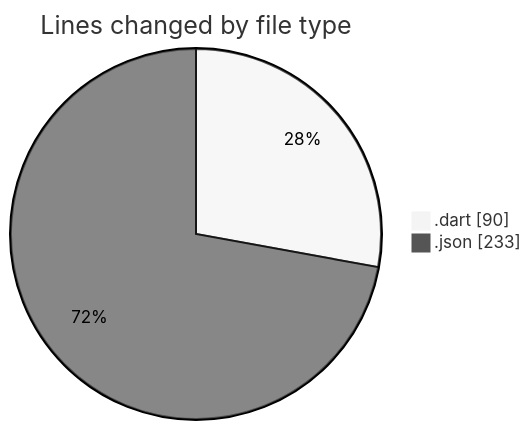
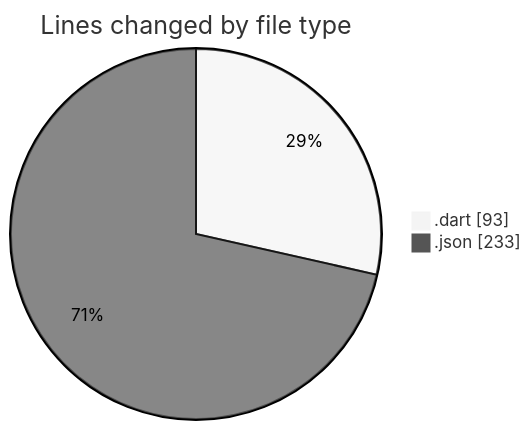
The first of 2 diagrams in 2025-04-17/belajar_flutter/README.md (idhammustaqopulfikri/code-tracking), drawn with Mermaid (neutral theme) before and after one commit. The commit also changed other lines of this file and 1 other file, not shown here.

````diff
--- a/2025-04-17/belajar_flutter/README.md
+++ b/2025-04-17/belajar_flutter/README.md
@@ -23,6 +24,6 @@
 ```mermaid
 pie showData
 title Lines changed by file type
-".dart" : 90
+".dart" : 93
 ".json" : 233
 ```
````
